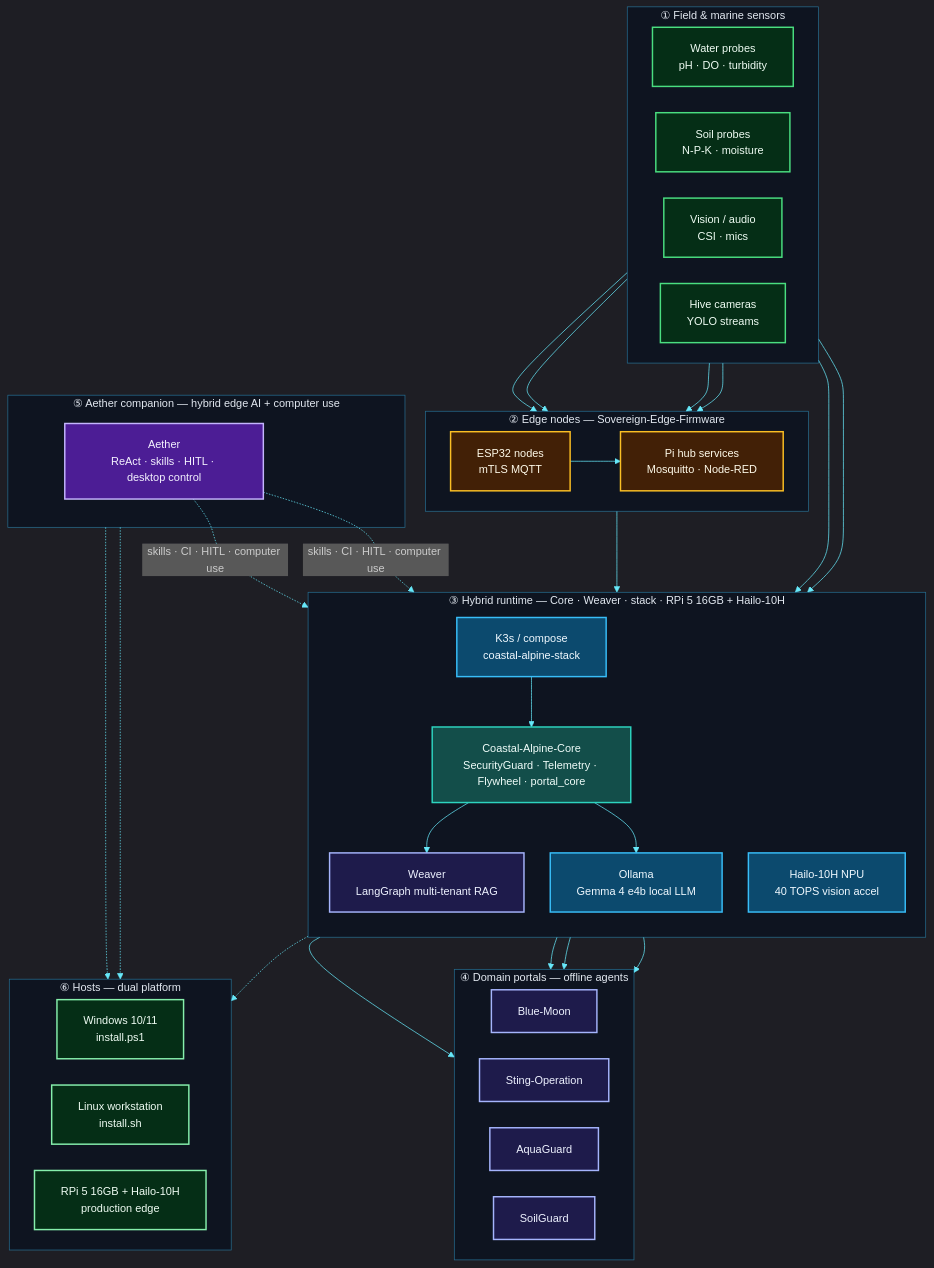
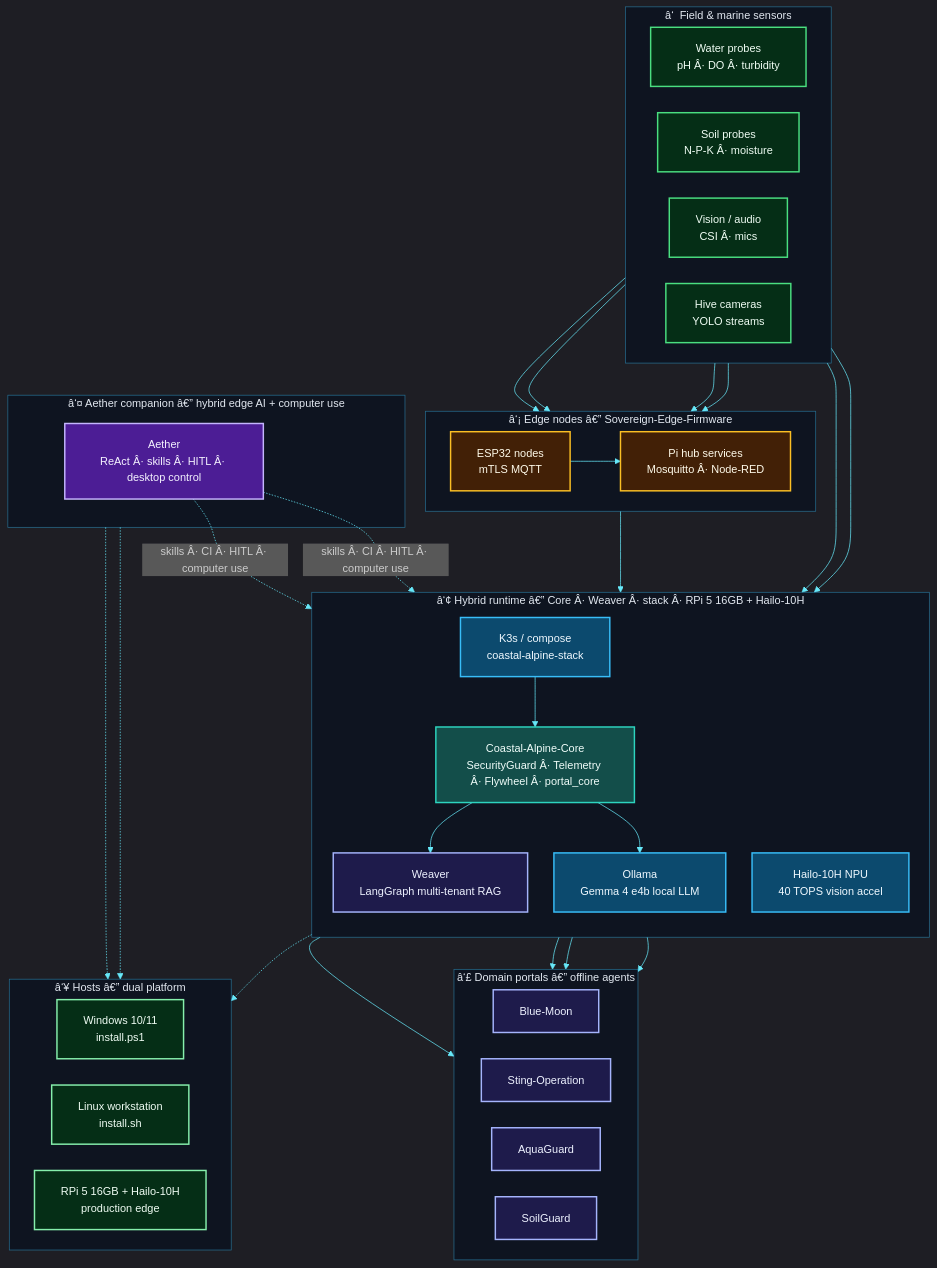
Before and after one commit to fivepanelhat/fivepanelhat: the diagram in README.md, drawn with Mermaid. The commit also changed other lines of this file and 8 other files, not shown here.

```diff
--- a/README.md
+++ b/README.md
@@ -170,30 +187,30 @@
     classDef companion fill:#4c1d95,stroke:#c4b5fd,stroke-width:2px,color:#f5f3ff
     classDef host fill:#052e16,stroke:#86efac,stroke-width:2px,color:#f0fdf4
 
-    subgraph FIELD["① Field & marine sensors"]
+    subgraph FIELD["â‘  Field & marine sensors"]
         direction LR
-        S1["Water probes<br/>pH · DO · turbidity"]
-        S2["Soil probes<br/>N-P-K · moisture"]
-        S3["Vision / audio<br/>CSI · mics"]
+        S1["Water probes<br/>pH Â· DO Â· turbidity"]
+        S2["Soil probes<br/>N-P-K Â· moisture"]
+        S3["Vision / audio<br/>CSI Â· mics"]
         S4["Hive cameras<br/>YOLO streams"]
     end
 
-    subgraph FIRMWARE["② Edge nodes — Sovereign-Edge-Firmware"]
+    subgraph FIRMWARE["â‘¡ Edge nodes â€” Sovereign-Edge-Firmware"]
         direction LR
         ESP["ESP32 nodes<br/>mTLS MQTT"]
-        HUB["Pi hub services<br/>Mosquitto · Node-RED"]
+        HUB["Pi hub services<br/>Mosquitto Â· Node-RED"]
     end
 
-    subgraph RUNTIME["③ Hybrid runtime — Core · Weaver · stack · RPi 5 16GB + Hailo-10H"]
+    subgraph RUNTIME["â‘¢ Hybrid runtime â€” Core Â· Weaver Â· stack Â· RPi 5 16GB + Hailo-10H"]
         direction TB
         K3s["K3s / compose<br/>coastal-alpine-stack"]
-        Core["Coastal-Alpine-Core<br/>SecurityGuard · Telemetry · Flywheel · portal_core"]
+        Core["Coastal-Alpine-Core<br/>SecurityGuard Â· Telemetry Â· Flywheel Â· portal_core"]
         Weaver["Weaver<br/>LangGraph multi-tenant RAG"]
         Ollama["Ollama<br/>Gemma 4 e4b local LLM"]
         Hailo["Hailo-10H NPU<br/>40 TOPS vision accel"]
     end
 
-    subgraph PORTALS["④ Domain portals — offline agents"]
+    subgraph PORTALS["â‘£ Domain portals â€” offline agents"]
         direction LR
         Blue["Blue-Moon"]
         Sting["Sting-Operation"]
@@ -201,11 +218,11 @@
         Soil["SoilGuard"]
     end
 
-    subgraph ORCH["⑤ Aether companion — hybrid edge AI + computer use"]
-        Aether["Aether<br/>ReAct · skills · HITL · desktop control"]
+    subgraph ORCH["â‘¤ Aether companion â€” hybrid edge AI + computer use"]
+        Aether["Aether<br/>ReAct Â· skills Â· HITL Â· desktop control"]
     end
 
-    subgraph HOSTS["⑥ Hosts — dual platform"]
+    subgraph HOSTS["â‘¥ Hosts â€” dual platform"]
         direction LR
         Win["Windows 10/11<br/>install.ps1"]
         Lin["Linux workstation<br/>install.sh"]
@@ -220,7 +237,7 @@
     Weaver --> Blue & Sting & Aqua & Soil
     Core --> Ollama
     S3 & S4 --> Hailo
-    Aether -.->|skills · CI · HITL · computer use| Core & Weaver
+    Aether -.->|skills Â· CI Â· HITL Â· computer use| Core & Weaver
     RUNTIME -.-> HOSTS
     ORCH -.-> Win & Lin
 
```
